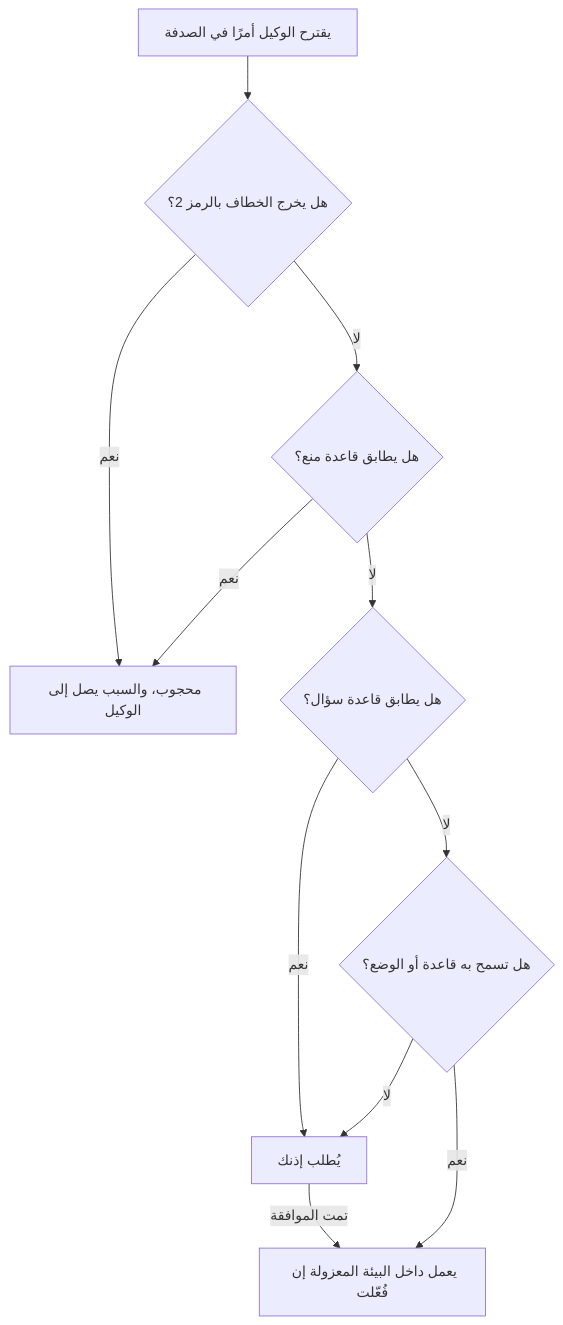
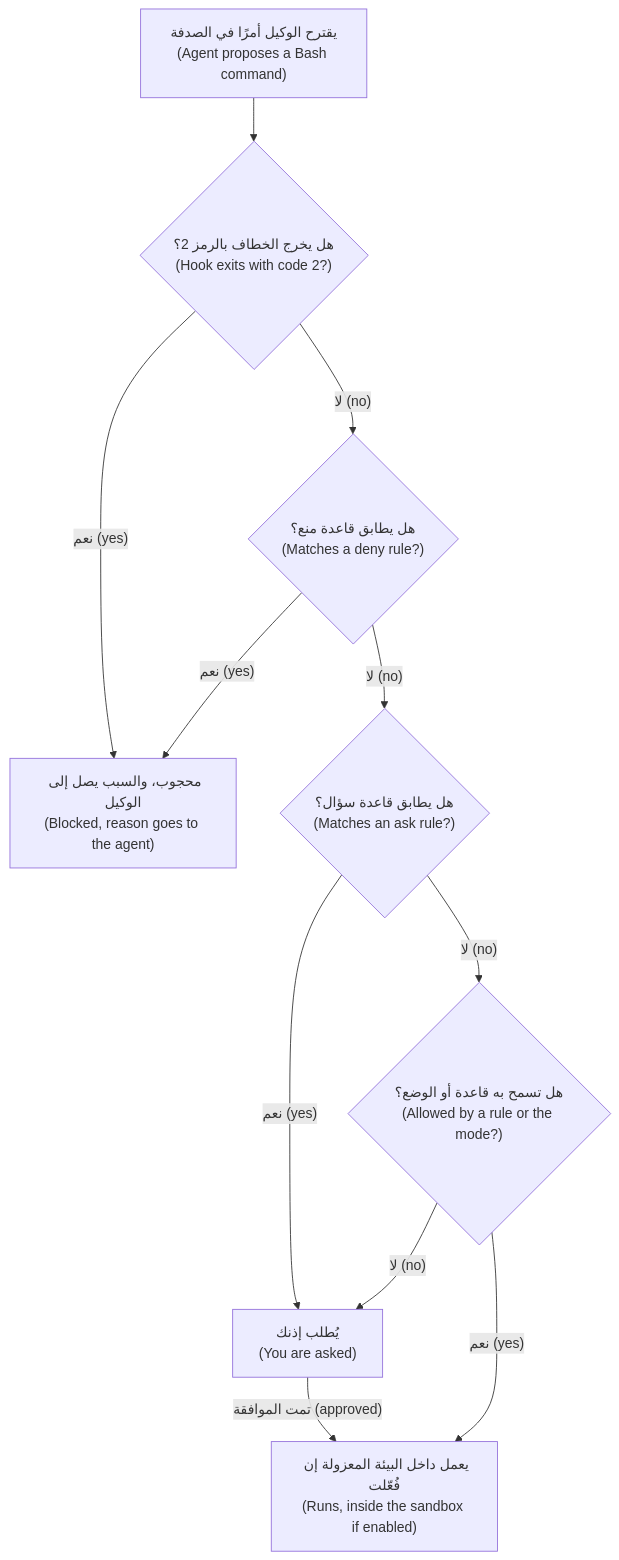
The diagram in ainative/modules/08-security.ar.md (Tamoura/system-design-for-vibe-coders), drawn with Mermaid before and after one commit. The commit also changed 83 other files, not shown here.

First line of the commit message:
AI-native engineer course: Arabic diagrams right-to-left with English glosses

````diff
--- a/ainative/modules/08-security.ar.md
+++ b/ainative/modules/08-security.ar.md
@@ -98,13 +98,13 @@
 ```mermaid
 flowchart TD
-    A["يقترح الوكيل أمرًا في الصدفة"] --> B{"هل يخرج الخطاف بالرمز 2؟"}
-    B -->|"نعم"| X["محجوب، والسبب يصل إلى الوكيل"]
-    B -->|"لا"| C{"هل يطابق قاعدة منع؟"}
-    C -->|"نعم"| X
-    C -->|"لا"| D{"هل يطابق قاعدة سؤال؟"}
-    D -->|"نعم"| H["يُطلب إذنك"]
-    D -->|"لا"| E{"هل تسمح به قاعدة أو الوضع؟"}
-    E -->|"لا"| H
-    E -->|"نعم"| F["يعمل داخل البيئة المعزولة إن فُعّلت"]
-    H -->|"تمت الموافقة"| F
+    A["يقترح الوكيل أمرًا في الصدفة<br/>(Agent proposes a Bash command)"] --> B{"هل يخرج الخطاف بالرمز 2؟<br/>(Hook exits with code 2?)"}
+    B -->|"نعم (yes)"| X["محجوب، والسبب يصل إلى الوكيل<br/>(Blocked, reason goes to the agent)"]
+    B -->|"لا (no)"| C{"هل يطابق قاعدة منع؟<br/>(Matches a deny rule?)"}
+    C -->|"نعم (yes)"| X
+    C -->|"لا (no)"| D{"هل يطابق قاعدة سؤال؟<br/>(Matches an ask rule?)"}
+    D -->|"نعم (yes)"| H["يُطلب إذنك<br/>(You are asked)"]
+    D -->|"لا (no)"| E{"هل تسمح به قاعدة أو الوضع؟<br/>(Allowed by a rule or the mode?)"}
+    E -->|"لا (no)"| H
+    E -->|"نعم (yes)"| F["يعمل داخل البيئة المعزولة إن فُعّلت<br/>(Runs, inside the sandbox if enabled)"]
+    H -->|"تمت الموافقة (approved)"| F
 ```
````
